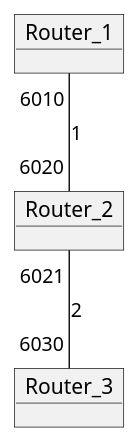
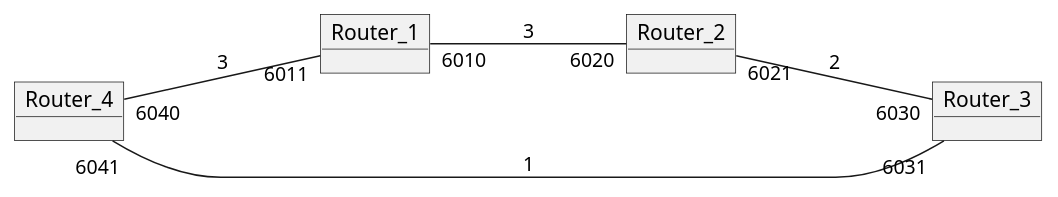
One commit to mengsince1986/RIP_Router_Simulator changed the diagram in network_topology.plantuml. Above: the diagram before and after it, drawn with PlantUML. The commit also changed 7 other files, not shown here.

```diff
--- a/network_topology.plantuml
+++ b/network_topology.plantuml
@@ -1,8 +1,13 @@
 @startuml COSC364 RIP Network Topology
+left to right direction
+
 object Router_1
 object Router_2
 object Router_3
+object Router_4
 
-Router_1 "6010" -- "6020" Router_2 : 1
-Router_2 "6021"-- "6030" Router_3 : 2
+Router_1 "6010" --- "6020" Router_2 : 3
+Router_2 "6021" --- "6030" Router_3 : 2
+Router_4 "6040" --- "6011" Router_1 : 3
+Router_4 "6041" --- "6031" Router_3 : 1
 @enduml
```
